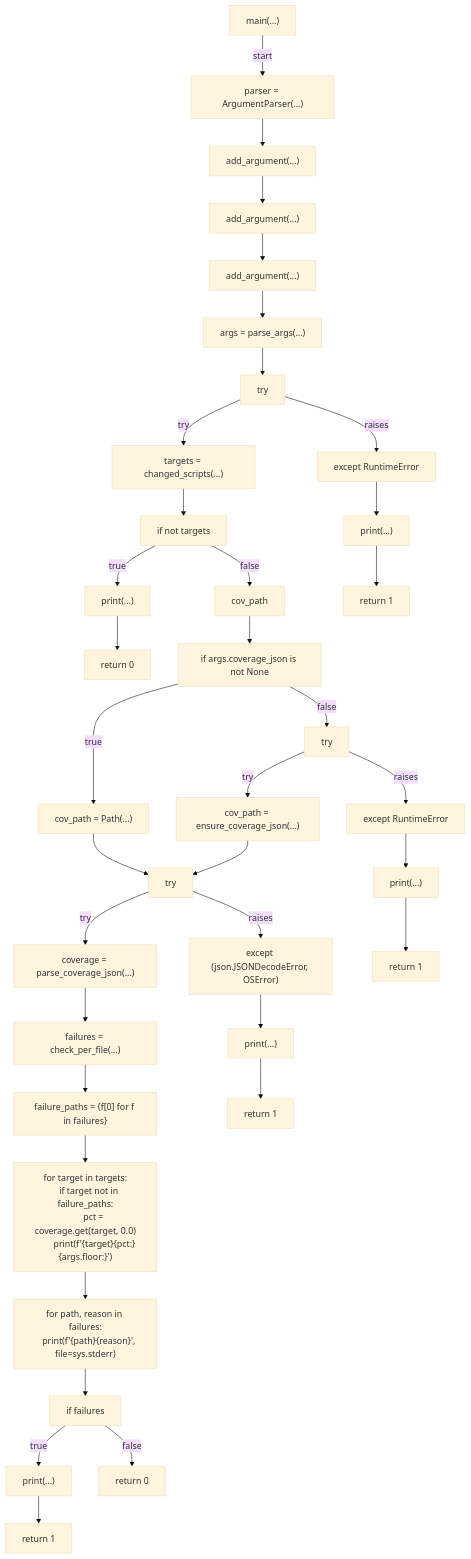
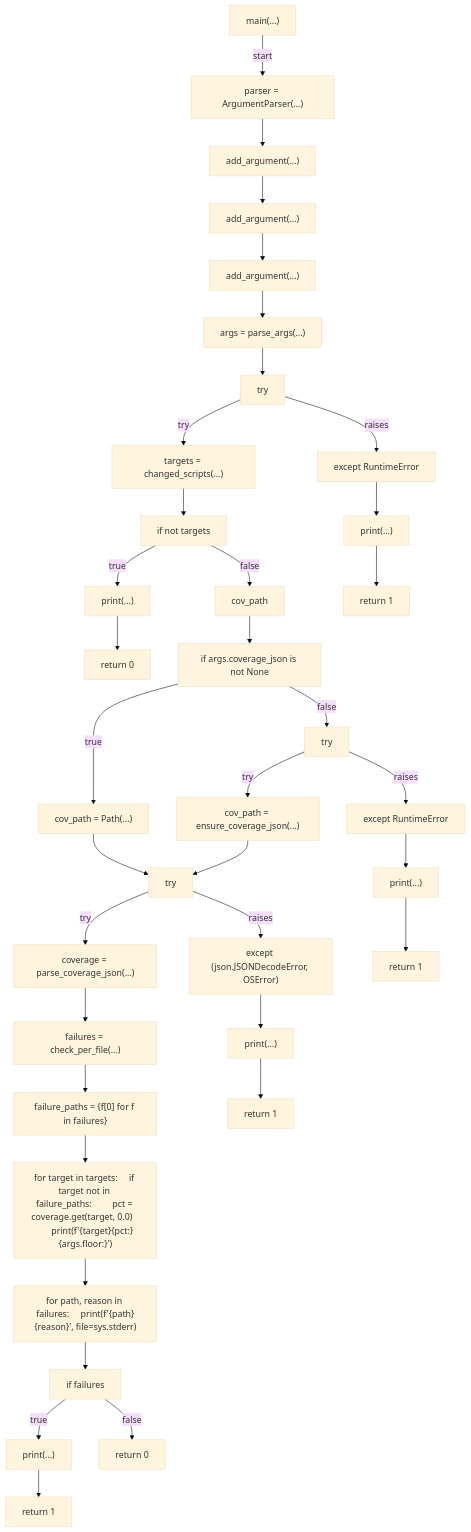
The fifth of 5 diagrams in docs/generated/scripts/ast/preflight_coverage.md (tvna/claude-md), drawn with Mermaid (base theme) before and after one commit. The commit also changed other lines of this file and 29 other files, not shown here.

First line of the commit message:
docs(generated): regenerate decision tree and workflow diagrams (batch 3/5)

````diff
--- a/docs/generated/scripts/ast/preflight_coverage.md
+++ b/docs/generated/scripts/ast/preflight_coverage.md
@@ -99,77 +85,73 @@
 ```mermaid
 flowchart TD
     N001["main(...)"]
     N002["parser = ArgumentParser(...)"]
     N003["add_argument(...)"]
     N004["add_argument(...)"]
     N005["add_argument(...)"]
     N006["args = parse_args(...)"]
     N007["try"]
     N008["targets = changed_scripts(...)"]
     N009["except RuntimeError"]
     N010["print(...)"]
     N011["return 1"]
     N012["if not targets"]
     N013["print(...)"]
     N014["return 0"]
     N015["cov_path"]
     N016["if args.coverage_json is not None"]
     N017["cov_path = Path(...)"]
     N018["try"]
     N019["cov_path = ensure_coverage_json(...)"]
     N020["except RuntimeError"]
     N021["print(...)"]
     N022["return 1"]
     N023["try"]
     N024["coverage = parse_coverage_json(...)"]
     N025["except (json.JSONDecodeError, OSError)"]
     N026["print(...)"]
     N027["return 1"]
     N028["failures = check_per_file(...)"]
     N029["failure_paths = {f[0] for f in failures}"]
-    N030["for target in targets:
-    if target not in failure_paths:
-        pct = coverage.get(target, 0.0)
-        print(f'<str>{target}<str>{pct:<str>}<str>{args.floor:<str>}<str>')"]
-    N031["for path, reason in failures:
-    print(f'<str>{path}<str>{reason}', file=sys.stderr)"]
+    N030["for target in targets:     if target not in failure_paths:         pct = coverage.get(target, 0.0)         print(f'<str>{target}<str>{pct:<str>}<str>{args.floor:<str>}<str>')"]
+    N031["for path, reason in failures:     print(f'<str>{path}<str>{reason}', file=sys.stderr)"]
     N032["if failures"]
     N033["print(...)"]
     N034["return 1"]
     N035["return 0"]
     N001 -->|"start"| N002
     N002 --> N003
     N003 --> N004
     N004 --> N005
     N005 --> N006
     N006 --> N007
     N007 -->|"try"| N008
     N007 -->|"raises"| N009
     N009 --> N010
     N010 --> N011
     N008 --> N012
     N012 -->|"true"| N013
     N013 --> N014
     N012 -->|"false"| N015
     N015 --> N016
     N016 -->|"true"| N017
     N016 -->|"false"| N018
     N018 -->|"try"| N019
     N018 -->|"raises"| N020
     N020 --> N021
     N021 --> N022
     N017 --> N023
     N019 --> N023
     N023 -->|"try"| N024
     N023 -->|"raises"| N025
     N025 --> N026
     N026 --> N027
     N024 --> N028
     N028 --> N029
     N029 --> N030
     N030 --> N031
     N031 --> N032
     N032 -->|"true"| N033
     N033 --> N034
     N032 -->|"false"| N035
 ```
````
